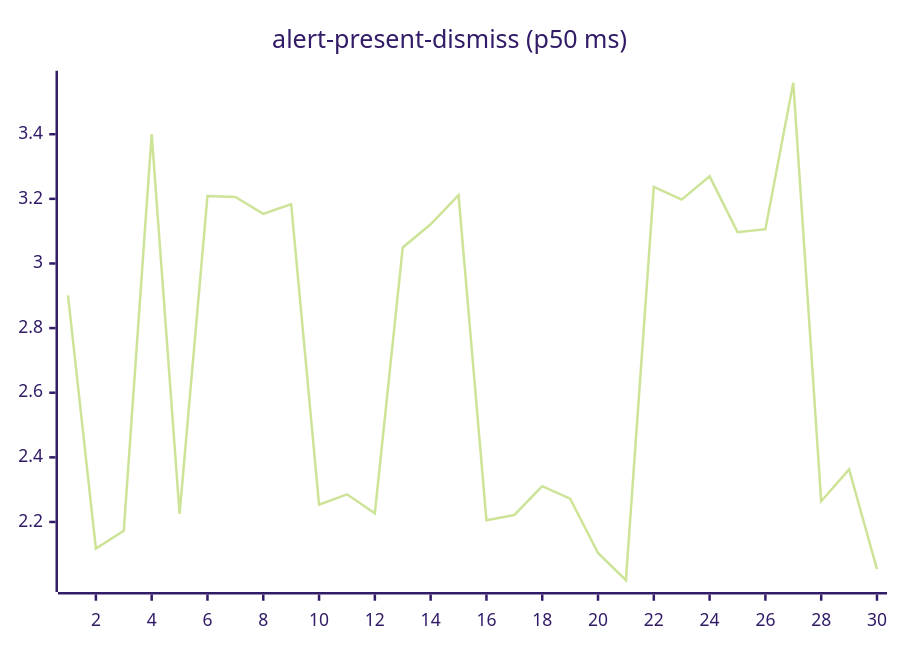
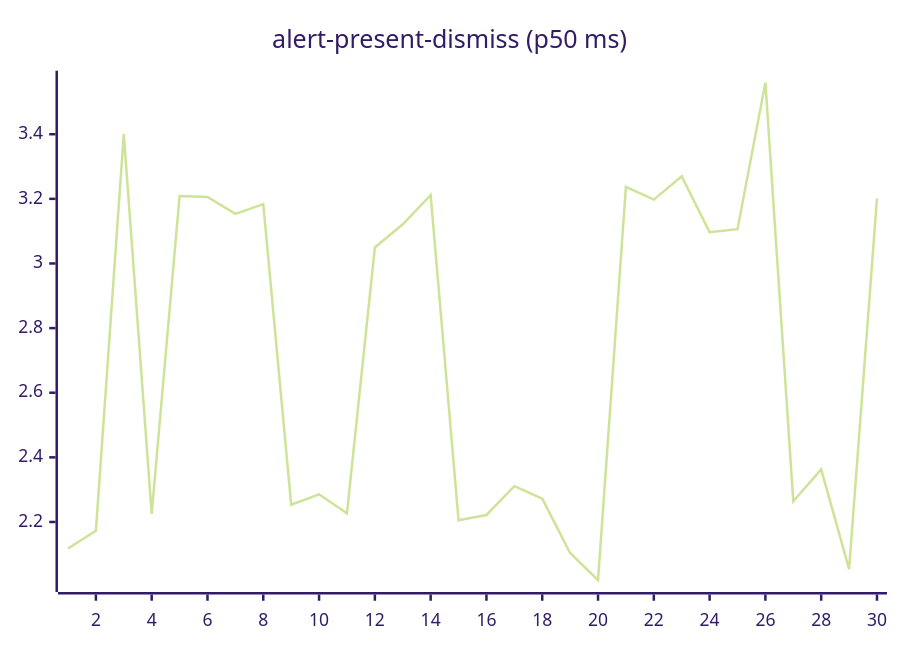
One commit to josha/Facet changed the second of 27 diagrams in README.md. Above: the diagram before and after it, drawn with Mermaid (forest theme). The commit also changed other lines of this file and 2 other files, not shown here.

````diff
--- a/README.md
+++ b/README.md
@@ -70,6 +70,6 @@
 ```mermaid
 xychart-beta
     title "alert-present-dismiss (p50 ms)"
     x-axis 1 --> 30
-    line [2.9011, 2.1177, 2.1729, 3.4006, 2.2253, 3.2090, 3.2058, 3.1536, 3.1837, 2.2536, 2.2857, 2.2272, 3.0496, 3.1212, 3.2117, 2.2054, 2.2216, 2.3109, 2.2722, 2.1040, 2.0200, 3.2371, 3.1976, 3.2697, 3.0970, 3.1061, 3.5597, 2.2642, 2.3626, 2.0543]
+    line [2.1177, 2.1729, 3.4006, 2.2253, 3.2090, 3.2058, 3.1536, 3.1837, 2.2536, 2.2857, 2.2272, 3.0496, 3.1212, 3.2117, 2.2054, 2.2216, 2.3109, 2.2722, 2.1040, 2.0200, 3.2371, 3.1976, 3.2697, 3.0970, 3.1061, 3.5597, 2.2642, 2.3626, 2.0543, 3.2013]
 ```
````
